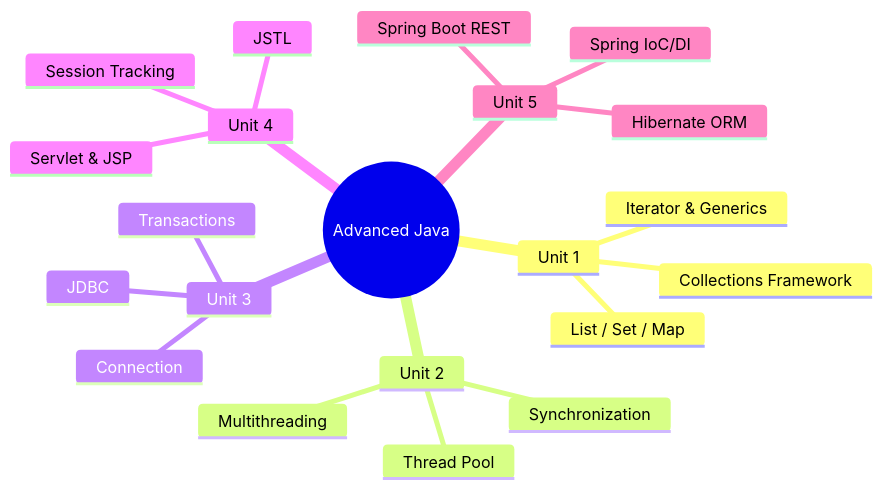
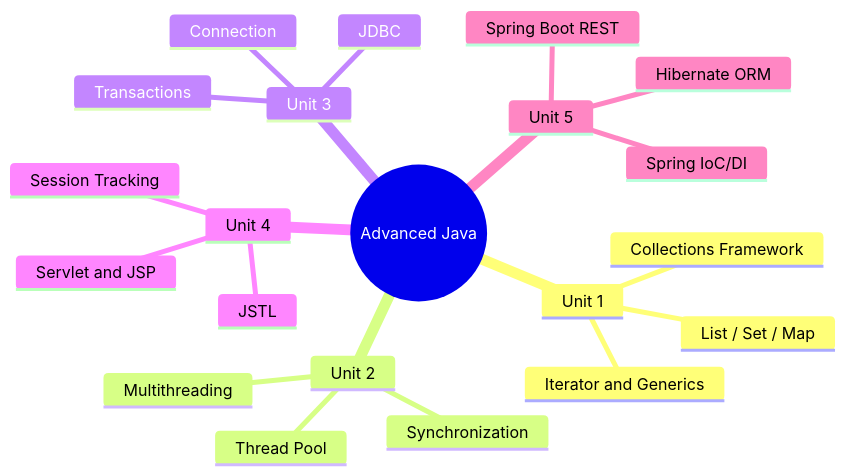
The diagram in 02-Semester-VI/CS-351-MJ-T-Advanced-Java/Overview.md (amitdevx/TY), drawn with Mermaid before and after one commit. The commit also changed other lines of this file and 186 other files, not shown here.

````diff
--- a/02-Semester-VI/CS-351-MJ-T-Advanced-Java/Overview.md
+++ b/02-Semester-VI/CS-351-MJ-T-Advanced-Java/Overview.md
@@ -41,24 +43,24 @@
 ```mermaid
 mindmap
   root((Advanced Java))
     Unit 1
       Collections Framework
       List / Set / Map
-      Iterator & Generics
+      Iterator and Generics
     Unit 2
       Multithreading
       Synchronization
       Thread Pool
     Unit 3
       JDBC
       Connection
       Transactions
     Unit 4
-      Servlet & JSP
+      Servlet and JSP
       Session Tracking
       JSTL
     Unit 5
       Hibernate ORM
       Spring IoC/DI
       Spring Boot REST
 ```
````
